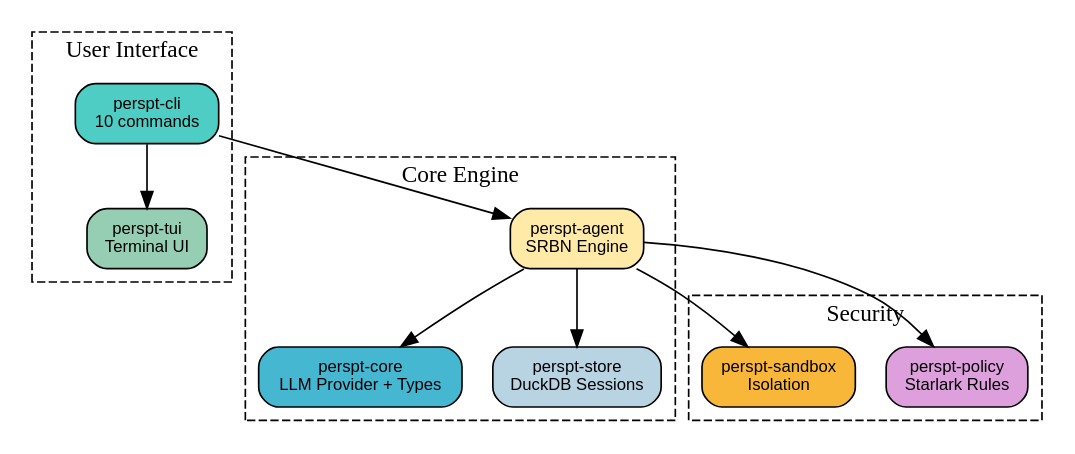
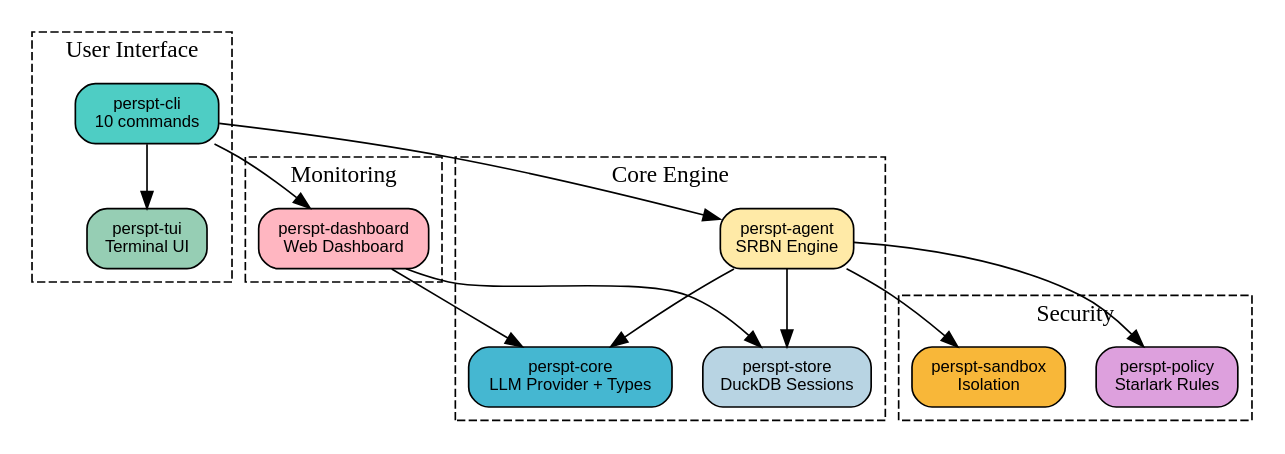
The first of 2 diagrams in docs/perspt_book/source/introduction.rst (eonseed/perspt), drawn with Graphviz before and after one commit. The commit also changed other lines of this file and 16 other files, not shown here.

```diff
--- a/docs/perspt_book/source/introduction.rst
+++ b/docs/perspt_book/source/introduction.rst
@@ -66,37 +66,46 @@
 .. graphviz::
    :align: center
    :caption: Perspt Architecture Overview
 
    digraph arch {
        rankdir=TB;
        node [shape=box, style="rounded,filled", fontname="Helvetica", fontsize=10];
 
        subgraph cluster_cli {
            label="User Interface";
            style=dashed;
            cli [label="perspt-cli\n10 commands", fillcolor="#4ECDC4"];
            tui [label="perspt-tui\nTerminal UI", fillcolor="#96CEB4"];
        }
 
        subgraph cluster_core {
            label="Core Engine";
            style=dashed;
            core [label="perspt-core\nLLM Provider + Types", fillcolor="#45B7D1"];
            agent [label="perspt-agent\nSRBN Engine", fillcolor="#FFEAA7"];
            store [label="perspt-store\nDuckDB Sessions", fillcolor="#B8D4E3"];
        }
 
        subgraph cluster_security {
            label="Security";
            style=dashed;
            policy [label="perspt-policy\nStarlark Rules", fillcolor="#DDA0DD"];
            sandbox [label="perspt-sandbox\nIsolation", fillcolor="#F8B739"];
        }
 
+       subgraph cluster_monitoring {
+           label="Monitoring";
+           style=dashed;
+           dashboard [label="perspt-dashboard\nWeb Dashboard", fillcolor="#FFB6C1"];
+       }
+
        cli -> tui;
        cli -> agent;
+       cli -> dashboard;
        agent -> core;
        agent -> store;
        agent -> policy;
        agent -> sandbox;
+       dashboard -> store;
+       dashboard -> core;
    }
```
